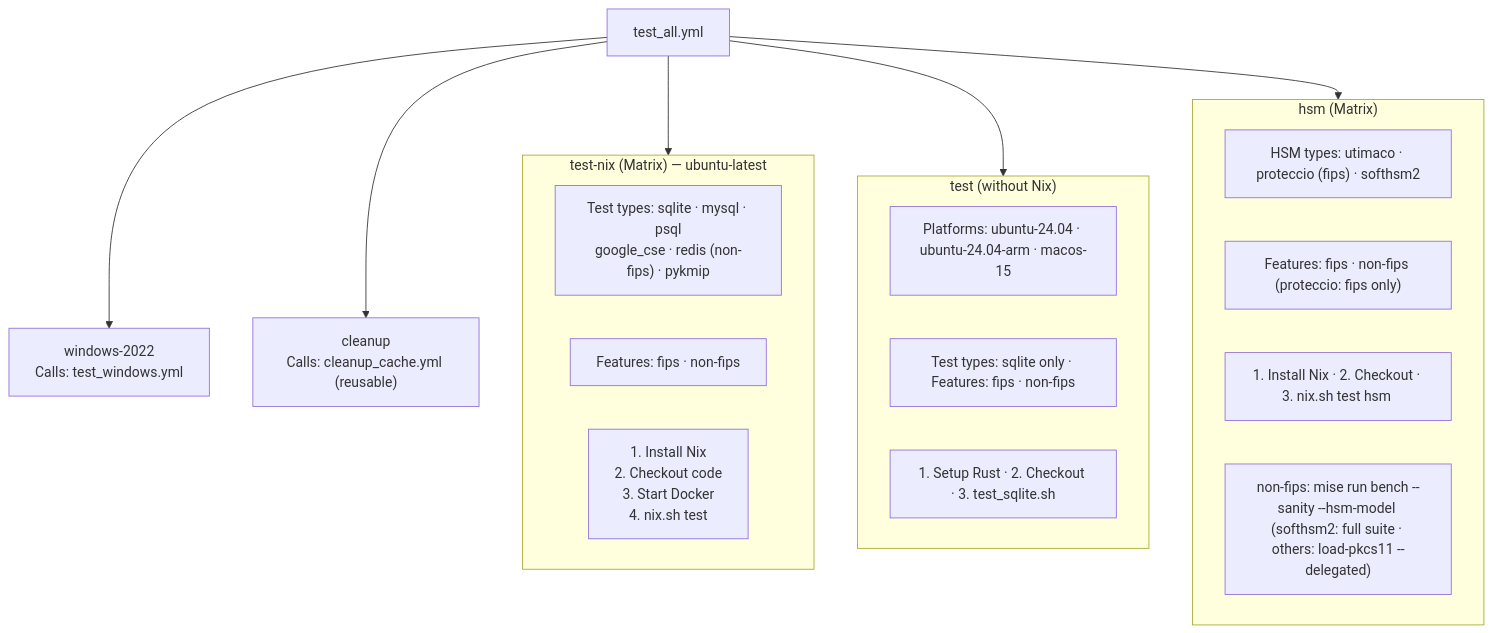
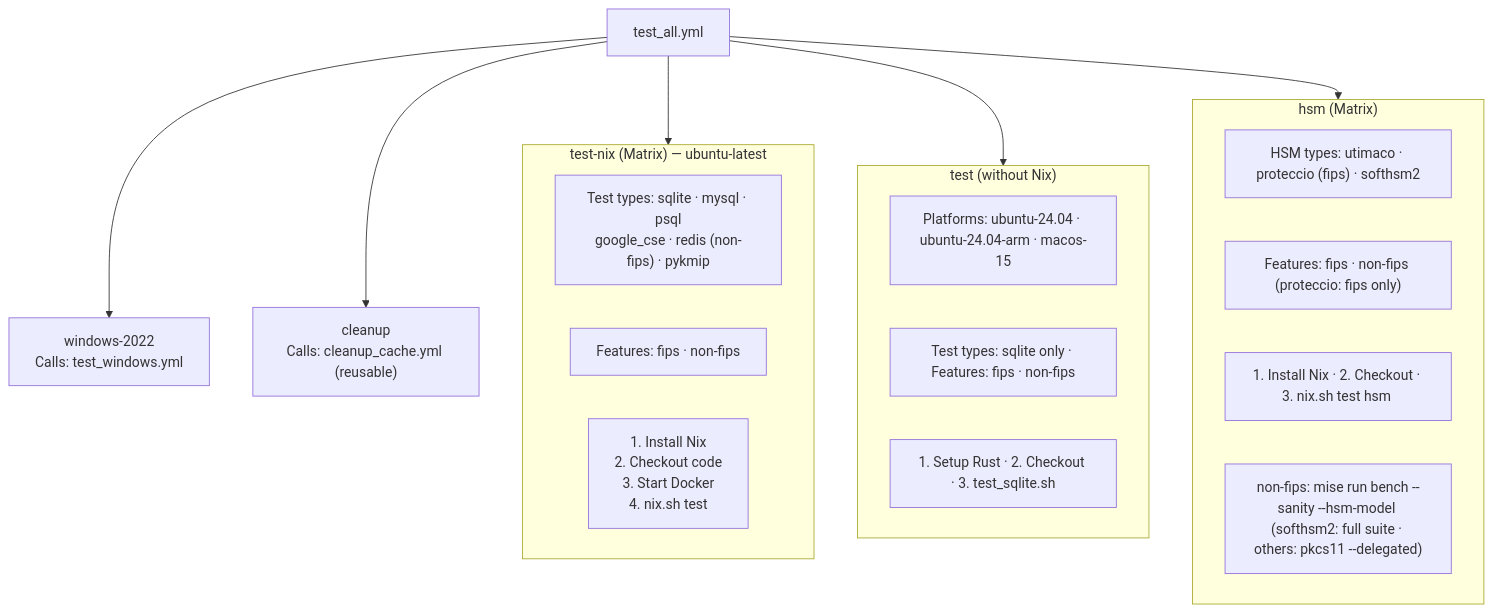
The fifth of 17 diagrams in .github/README_WORKFLOWS.md (Cosmian/kms), drawn with Mermaid before and after one commit. The commit also changed 32 other files, not shown here.

````diff
--- a/.github/README_WORKFLOWS.md
+++ b/.github/README_WORKFLOWS.md
@@ -91,23 +91,23 @@
 ```mermaid
 flowchart TB
     test_all["test_all.yml"]
     subgraph nix_matrix["test-nix (Matrix) — ubuntu-latest"]
         nix_types["Test types: sqlite · mysql · psql<br/>google_cse · redis (non-fips) · pykmip"]
         nix_feat["Features: fips · non-fips"]
         nix_steps["1. Install Nix<br/>2. Checkout code<br/>3. Start Docker<br/>4. nix.sh test <type>"]
     end
     subgraph nonix["test (without Nix)"]
         nonix_plat["Platforms: ubuntu-24.04 · ubuntu-24.04-arm · macos-15"]
         nonix_types["Test types: sqlite only · Features: fips · non-fips"]
         nonix_steps["1. Setup Rust · 2. Checkout · 3. test_sqlite.sh"]
     end
     subgraph hsm_matrix["hsm (Matrix)"]
         hsm_types["HSM types: utimaco · proteccio (fips) · softhsm2"]
         hsm_feat["Features: fips · non-fips (proteccio: fips only)"]
         hsm_steps["1. Install Nix · 2. Checkout · 3. nix.sh test hsm <type>"]
-        hsm_bench["non-fips: mise run bench --sanity --hsm-model <type><br/>(softhsm2: full suite · others: load-pkcs11 --delegated)"]
+        hsm_bench["non-fips: mise run bench --sanity --hsm-model <type><br/>(softhsm2: full suite · others: pkcs11 --delegated)"]
     end
     win["windows-2022<br/>Calls: test_windows.yml"]
     clean["cleanup<br/>Calls: cleanup_cache.yml (reusable)"]
     test_all --> nix_matrix & nonix & hsm_matrix & win & clean
 ```
````
